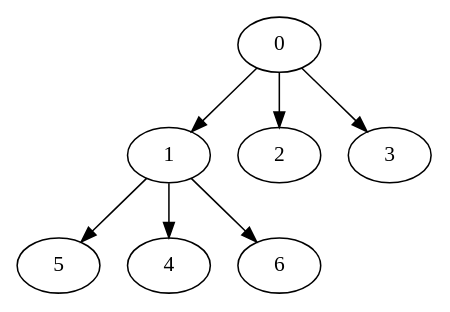
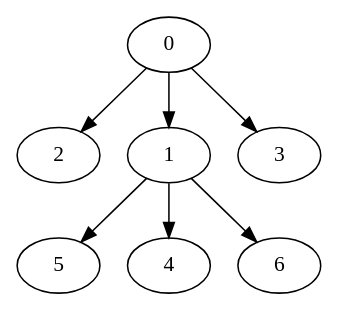
One commit to dder725/ProcessScheduler changed the diagram in INPUT-output.dot. Above: the diagram before and after it, drawn with Graphviz. The commit also changed 2 other files, not shown here.

```diff
--- a/INPUT-output.dot
+++ b/INPUT-output.dot
@@ -1,16 +1,16 @@
 digraph " Output " {
 5           [Weight=7,Start=15,Processor=0];
+2           [Weight=5,Start=22,Processor=0];
 0           [Weight=5,Start=0,Processor=1];
 0 -> 1      [Weight = 15];
 0 -> 2      [Weight = 11];
 0 -> 3      [Weight = 11];
 1           [Weight=6,Start=5,Processor=1];
 1 -> 4      [Weight = 19];
 1 -> 5      [Weight = 4];
 1 -> 6      [Weight = 21];
-6           [Weight=7,Start=11,Processor=1];
-4           [Weight=4,Start=18,Processor=1];
-3           [Weight=6,Start=16,Processor=2];
-2           [Weight=5,Start=16,Processor=3];
+3           [Weight=6,Start=11,Processor=1];
+4           [Weight=4,Start=17,Processor=1];
+6           [Weight=7,Start=21,Processor=1];
 
 }
```
